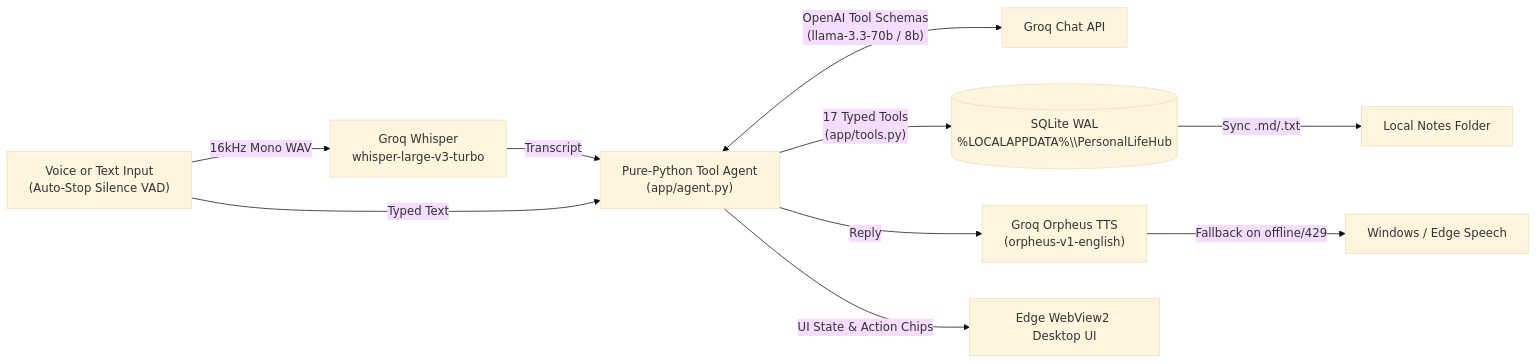
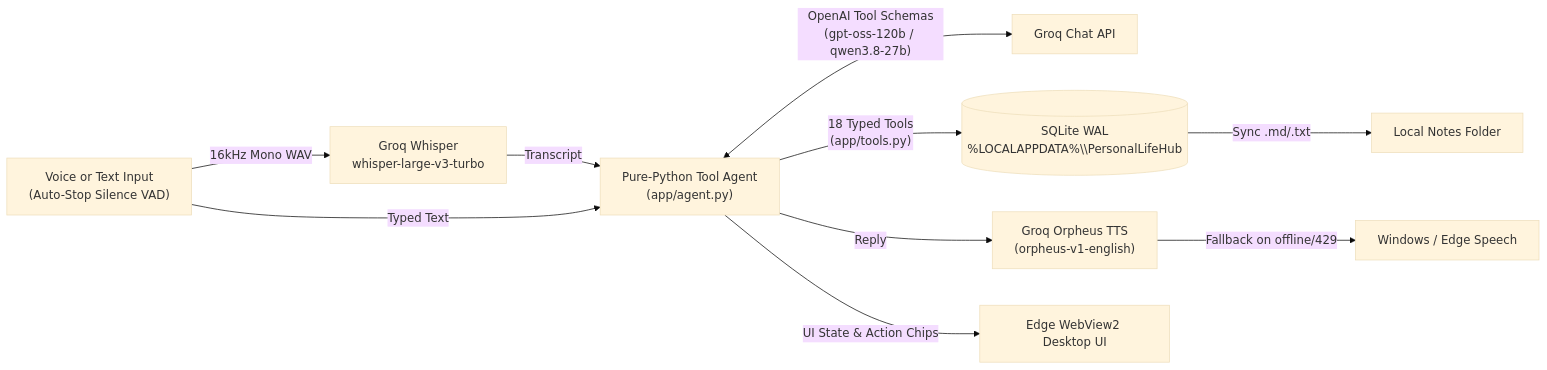
One commit to ammar-adel222/personal-life-hub changed the diagram in README.md. Above: the diagram before and after it, drawn with Mermaid (base theme). The commit also changed other lines of this file and 10 other files, not shown here.

Commit message:
fix: switch to live Groq 2026 models, add task timelines/frequencies & batch decomposition

````diff
--- a/README.md
+++ b/README.md
@@ -11,12 +11,12 @@
 ```mermaid
 flowchart LR
     U["Voice or Text Input\n(Auto-Stop Silence VAD)"] -->|"16kHz Mono WAV"| W["Groq Whisper\nwhisper-large-v3-turbo"]
     W -->|"Transcript"| AG["Pure-Python Tool Agent\n(app/agent.py)"]
     U -->|"Typed Text"| AG
-    AG <-->|"OpenAI Tool Schemas\n(llama-3.3-70b / 8b)"| G["Groq Chat API"]
-    AG -->|"17 Typed Tools\n(app/tools.py)"| DB[("SQLite WAL\n%LOCALAPPDATA%\\PersonalLifeHub")]
+    AG <-->|"OpenAI Tool Schemas\n(gpt-oss-120b / qwen3.8-27b)"| G["Groq Chat API"]
+    AG -->|"18 Typed Tools\n(app/tools.py)"| DB[("SQLite WAL\n%LOCALAPPDATA%\\PersonalLifeHub")]
     DB -->|"Sync .md/.txt"| FS["Local Notes Folder"]
     AG -->|"Reply"| TTS["Groq Orpheus TTS\n(orpheus-v1-english)"]
     TTS -->|"Fallback on offline/429"| LOCAL["Windows / Edge Speech"]
     AG -->|"UI State & Action Chips"| UI["Edge WebView2 Desktop UI"]
 ```
````
